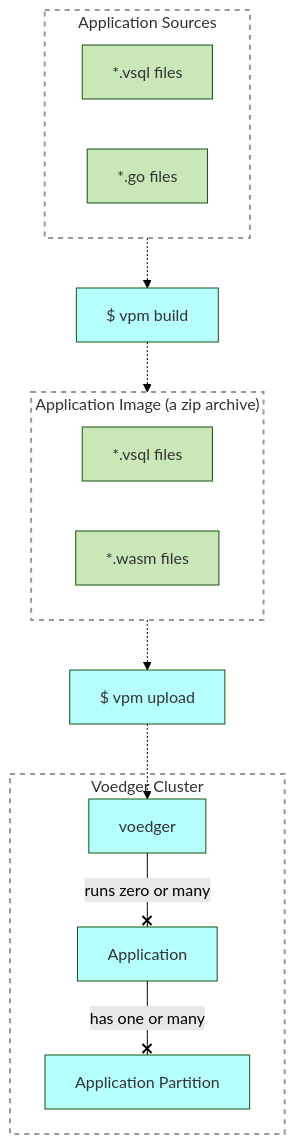
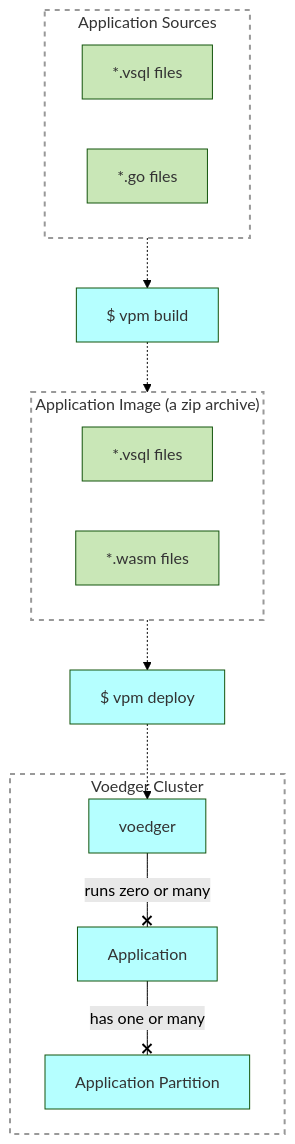
The diagram in concepts/applications.md (voedger/voedger-docs), drawn with Mermaid (forest theme) before and after one commit.

Commit message:
Refactor Voedger application lifecycle graph

````diff
--- a/concepts/applications.md
+++ b/concepts/applications.md
@@ -9,42 +9,42 @@
 ```mermaid
-    graph TD
+    graph
 
     %% Entities ====================
 
     Sources:::G
     subgraph Sources["Application Sources"]
     VSQLfiles["*.vsql files"]:::H
     Gofiles["*.go files"]:::H
     end
 
     Image:::G
     subgraph Image["Application Image (a zip archive)"]
         VSQLfiles2["*.vsql files"]:::H
         WASMFIle["*.wasm files"]:::H
     end
 
     Cluster:::G
     subgraph Cluster["Voedger Cluster"]
         voedger:::S
         Application:::S    
         AppPartition["Application Partition"]:::S
     end
 
     vpm["$ vpm build"]:::S
-    vpmupload["$ vpm upload"]:::S
+    vpmdeploy["$ vpm deploy"]:::S
 
     %% Relations ====================
 
     Sources -.-> vpm
     vpm -.-> Image
-    Image -.-> vpmupload
-    vpmupload -.-> voedger
+    Image -.-> vpmdeploy
+    vpmdeploy -.-> voedger
 
     voedger --x |runs zero or many| Application
     Application --x |has one or many| AppPartition
 
     classDef B fill:#FFFFB5,color:#333
     classDef S fill:#B5FFFF,color:#333
     classDef H fill:#C9E7B7,color:#333
     classDef G fill:#ffffff15, stroke:#999, stroke-width:2px, stroke-dasharray: 5 5
 ```
````
